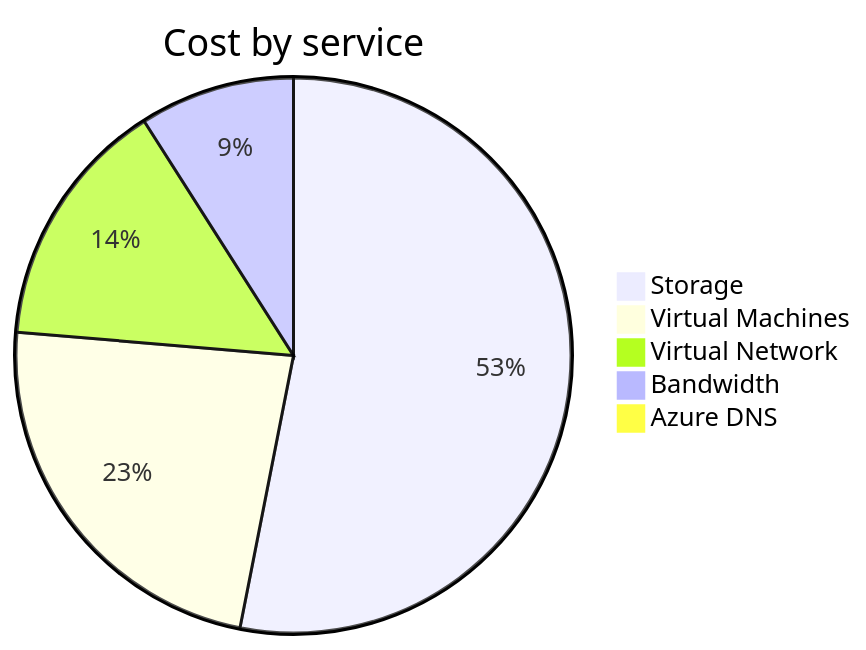
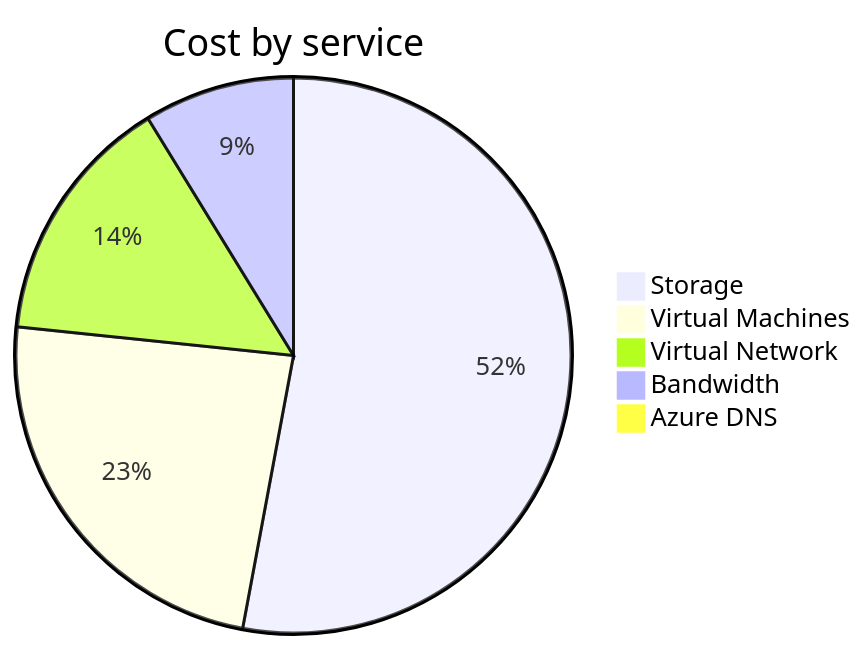
The second of 4 diagrams in cost-reports/personal-network/README.md (jpfulton/azure-personal-reports), drawn with Mermaid before and after one commit. The commit also changed other lines of this file and 8 other files, not shown here.

````diff
--- a/cost-reports/personal-network/README.md
+++ b/cost-reports/personal-network/README.md
@@ -97,9 +97,9 @@
 ```mermaid
 pie
    title Cost by service
-   "Storage" : 15.64
-   "Virtual Machines" : 6.85
-   "Virtual Network" : 4.31
+   "Storage" : 16.07
+   "Virtual Machines" : 7.20
+   "Virtual Network" : 4.43
    "Bandwidth" : 2.66
-   "Azure DNS" : 0.29
+   "Azure DNS" : 0.30
 ```
````
